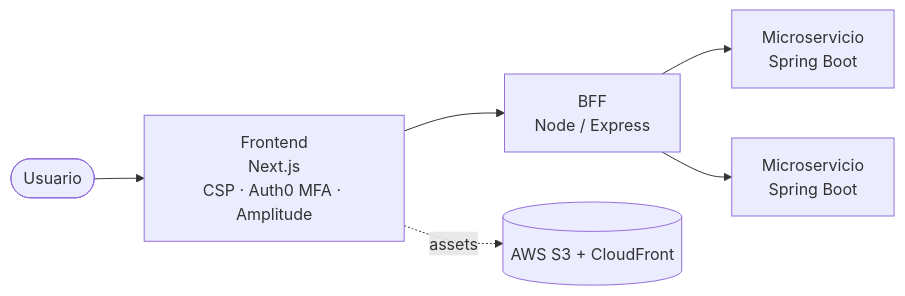
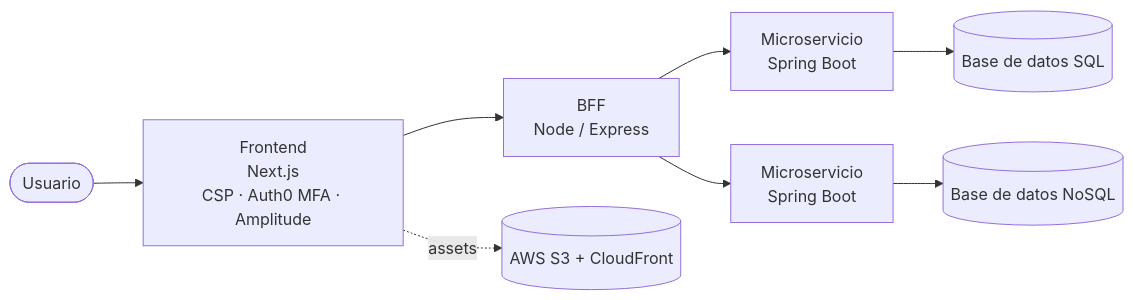
Before and after one commit to MartinezCE/MartinezCE: the second of 2 diagrams in README.md, drawn with Mermaid. The commit also changed other lines of this file, not shown here.

First line of the commit message:
Agregar bases de datos SQL y NoSQL a la arquitectura de Nera

````diff
--- a/README.md
+++ b/README.md
@@ -54,8 +54,10 @@
 ```mermaid
 flowchart LR
     U([Usuario]) --> F["Frontend<br/>Next.js<br/>CSP · Auth0 MFA · Amplitude"]
     F --> B["BFF<br/>Node / Express"]
     B --> M1["Microservicio<br/>Spring Boot"]
     B --> M2["Microservicio<br/>Spring Boot"]
+    M1 --> SQL[("Base de datos SQL")]
+    M2 --> NOSQL[("Base de datos NoSQL")]
     F -. assets .-> S[("AWS S3 + CloudFront")]
 ```
````
